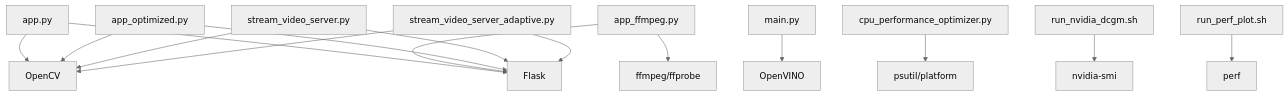
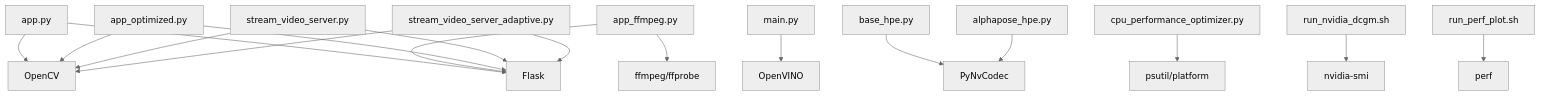
One commit to Fogus-Gr/MeasurementsDTs changed the ninth of 9 diagrams in .qoder/repowiki/en/content/Development Tools/Development Tools.md. Above: the diagram before and after it, drawn with Mermaid (neutral theme). The commit also changed other lines of this file and 8 other files, not shown here.

````diff
--- a/.qoder/repowiki/en/content/Development Tools/Development Tools.md
+++ b/.qoder/repowiki/en/content/Development Tools/Development Tools.md
@@ -319,24 +456,27 @@
 ```mermaid
 graph TB
 Flask["Flask"]
 OpenCV["OpenCV"]
 FFmpeg["ffmpeg/ffprobe"]
 OpenVINO["OpenVINO"]
+PyNvCodec["PyNvCodec"]
 PSUtil["psutil/platform"]
 DCGM["nvidia-smi"]
 Perf["perf"]
 app_py["app.py"] --> Flask
 app_py --> OpenCV
 app_ffmpeg["app_ffmpeg.py"] --> Flask
 app_ffmpeg --> FFmpeg
 app_optimized["app_optimized.py"] --> Flask
 app_optimized --> OpenCV
 stream_dev["stream_video_server.py"] --> Flask
 stream_dev --> OpenCV
 stream_adapt["stream_video_server_adaptive.py"] --> Flask
 stream_adapt --> OpenCV
 main_mod["main.py"] --> OpenVINO
+base_hpe["base_hpe.py"] --> PyNvCodec
+alphapose_hpe["alphapose_hpe.py"] --> PyNvCodec
 cpu_opt["cpu_performance_optimizer.py"] --> PSUtil
 prof_gpu["run_nvidia_dcgm.sh"] --> DCGM
 prof_cpu["run_perf_plot.sh"] --> Perf
 ```
````
